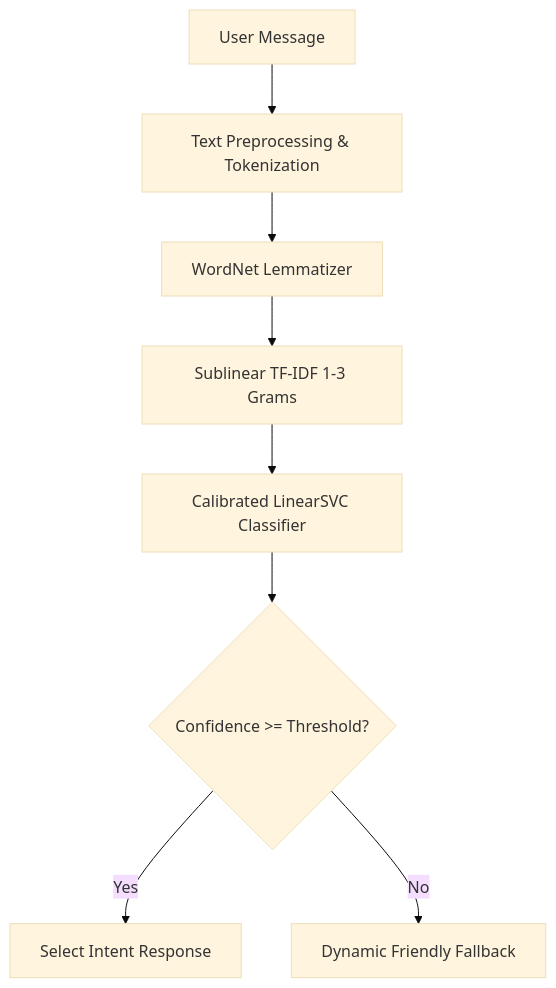
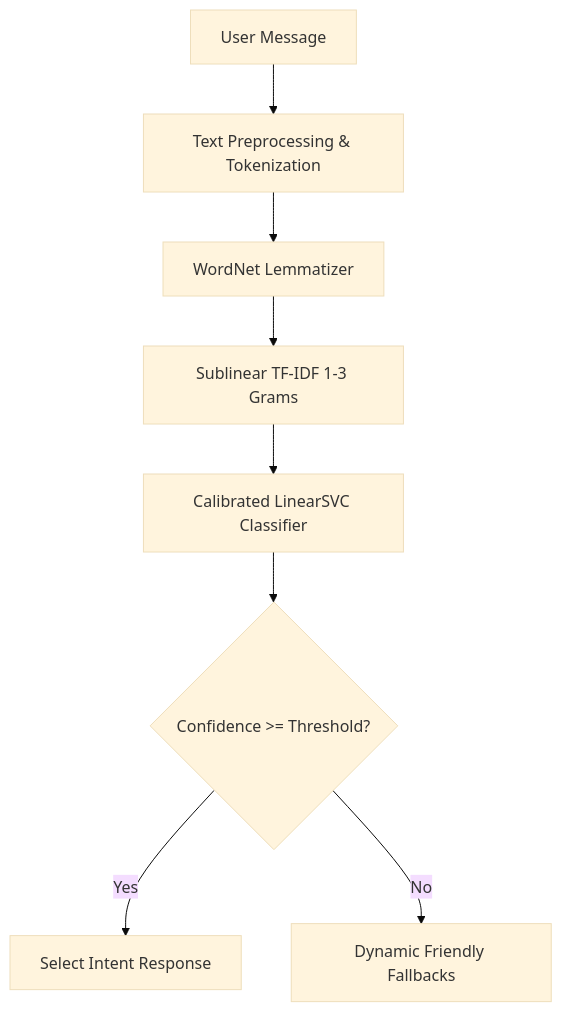
Before and after one commit to pritamdey0/Azale-Conversational-AI: the diagram in README.md, drawn with Mermaid (base theme).

````diff
--- a/README.md
+++ b/README.md
@@ -63,10 +63,10 @@
 ```mermaid
 graph TD
     A[User Message] --> B[Text Preprocessing & Tokenization]
     B --> C[WordNet Lemmatizer]
     C --> D[Sublinear TF-IDF 1-3 Grams]
     D --> E[Calibrated LinearSVC Classifier]
     E --> F{Confidence >= Threshold?}
     F -- Yes --> G[Select Intent Response]
-    F -- No --> H[Dynamic Friendly Fallback]
+    F -- No --> H[Dynamic Friendly Fallbacks]
 ```
````
